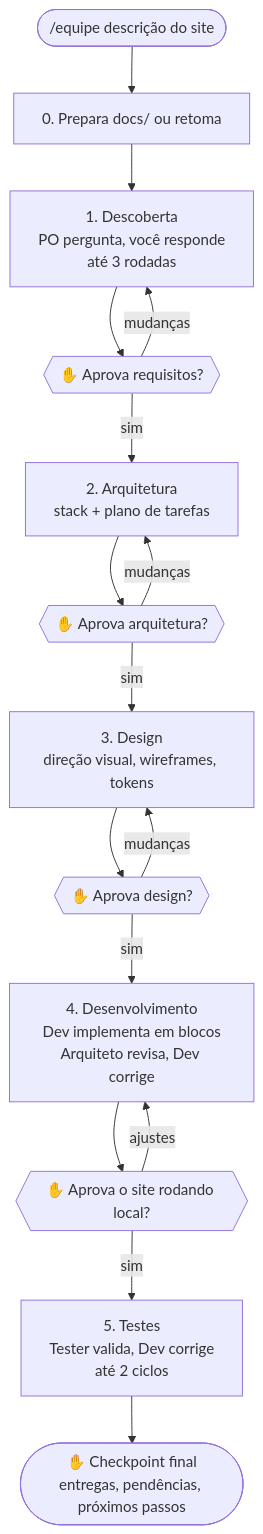
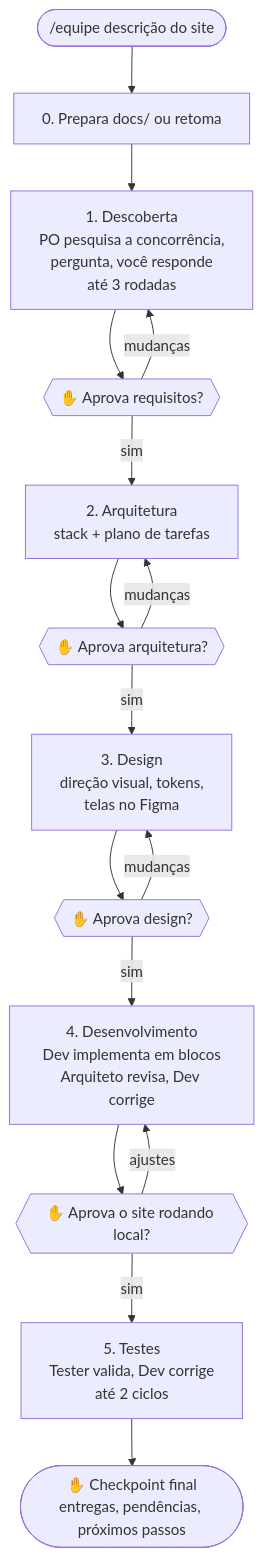
One commit to victordosanjos1/equipe-dev changed the diagram in README.md. Above: the diagram before and after it, drawn with Mermaid. The commit also changed other lines of this file and 8 other files, not shown here.

First line of the commit message:
Equipe-dev 1.1.0: modelos por agente, pesquisa de concorrência e Figma

````diff
--- a/README.md
+++ b/README.md
@@ -51,18 +51,18 @@
 ```mermaid
 flowchart TD
     A(["/equipe descrição do site"]) --> B[0. Prepara docs/ ou retoma]
-    B --> C[1. Descoberta<br/>PO pergunta, você responde<br/>até 3 rodadas]
+    B --> C[1. Descoberta<br/>PO pesquisa a concorrência,<br/>pergunta, você responde<br/>até 3 rodadas]
     C --> C1{{✋ Aprova requisitos?}}
     C1 -- mudanças --> C
     C1 -- sim --> D[2. Arquitetura<br/>stack + plano de tarefas]
     D --> D1{{✋ Aprova arquitetura?}}
     D1 -- mudanças --> D
-    D1 -- sim --> E[3. Design<br/>direção visual, wireframes, tokens]
+    D1 -- sim --> E[3. Design<br/>direção visual, tokens,<br/>telas no Figma]
     E --> E1{{✋ Aprova design?}}
     E1 -- mudanças --> E
     E1 -- sim --> F[4. Desenvolvimento<br/>Dev implementa em blocos<br/>Arquiteto revisa, Dev corrige]
     F --> F1{{✋ Aprova o site rodando local?}}
     F1 -- ajustes --> F
     F1 -- sim --> G[5. Testes<br/>Tester valida, Dev corrige<br/>até 2 ciclos]
     G --> H([✋ Checkpoint final<br/>entregas, pendências, próximos passos])
 ```
````
